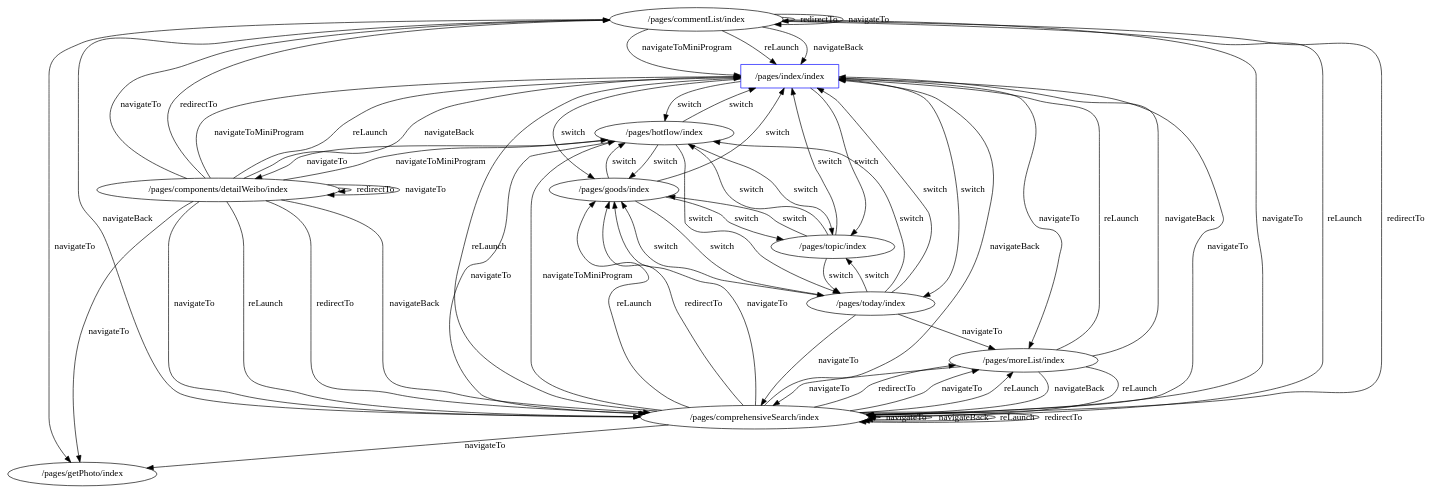
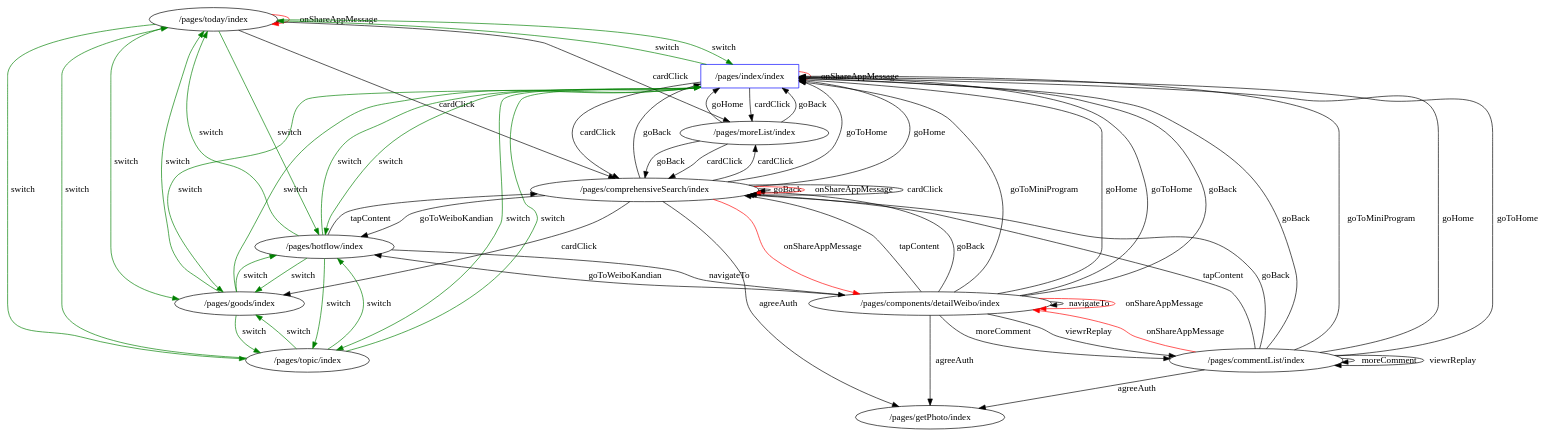
One commit to ppproxy/app-in-app-analysis changed the diagram in graph/wbdemo-table.gv. Above: the diagram before and after it, drawn with Graphviz. The commit also changed 3441 other files, not shown here.

```diff
--- a/graph/wbdemo-table.gv
+++ b/graph/wbdemo-table.gv
@@ -1,81 +1,78 @@
 // UI State Transfer Diagram
 digraph {
+	"/pages/today/index" [label="/pages/today/index"]
+	"/pages/index/index" [label="/pages/index/index" color=blue shape=rectangle]
+	"/pages/topic/index" [label="/pages/topic/index"]
+	"/pages/components/detailWeibo/index" [label="/pages/components/detailWeibo/index"]
+	"/pages/goods/index" [label="/pages/goods/index"]
+	"/pages/comprehensiveSearch/index" [label="/pages/comprehensiveSearch/index"]
+	"/pages/getPhoto/index" [label="/pages/getPhoto/index"]
 	"/pages/commentList/index" [label="/pages/commentList/index"]
 	"/pages/hotflow/index" [label="/pages/hotflow/index"]
-	"/pages/goods/index" [label="/pages/goods/index"]
-	"/pages/index/index" [label="/pages/index/index" color=blue shape=rectangle]
-	"/pages/comprehensiveSearch/index" [label="/pages/comprehensiveSearch/index"]
-	"/pages/getPhoto/index" [label="/pages/getPhoto/index"]
-	"/pages/today/index" [label="/pages/today/index"]
-	"/pages/topic/index" [label="/pages/topic/index"]
 	"/pages/moreList/index" [label="/pages/moreList/index"]
-	"/pages/components/detailWeibo/index" [label="/pages/components/detailWeibo/index"]
-	"/pages/index/index" -> "/pages/topic/index" [label=switch]
-	"/pages/index/index" -> "/pages/hotflow/index" [label=switch]
-	"/pages/index/index" -> "/pages/goods/index" [label=switch]
-	"/pages/index/index" -> "/pages/today/index" [label=switch]
-	"/pages/topic/index" -> "/pages/index/index" [label=switch]
-	"/pages/topic/index" -> "/pages/hotflow/index" [label=switch]
-	"/pages/topic/index" -> "/pages/goods/index" [label=switch]
-	"/pages/topic/index" -> "/pages/today/index" [label=switch]
-	"/pages/hotflow/index" -> "/pages/index/index" [label=switch]
-	"/pages/hotflow/index" -> "/pages/topic/index" [label=switch]
-	"/pages/hotflow/index" -> "/pages/goods/index" [label=switch]
-	"/pages/hotflow/index" -> "/pages/today/index" [label=switch]
-	"/pages/goods/index" -> "/pages/index/index" [label=switch]
-	"/pages/goods/index" -> "/pages/topic/index" [label=switch]
-	"/pages/goods/index" -> "/pages/hotflow/index" [label=switch]
-	"/pages/goods/index" -> "/pages/today/index" [label=switch]
-	"/pages/today/index" -> "/pages/index/index" [label=switch]
-	"/pages/today/index" -> "/pages/topic/index" [label=switch]
-	"/pages/today/index" -> "/pages/hotflow/index" [label=switch]
-	"/pages/today/index" -> "/pages/goods/index" [label=switch]
-	"/pages/index/index" -> "/pages/moreList/index" [label=navigateTo]
-	"/pages/index/index" -> "/pages/comprehensiveSearch/index" [label=navigateTo]
-	"/pages/today/index" -> "/pages/moreList/index" [label=navigateTo]
-	"/pages/today/index" -> "/pages/comprehensiveSearch/index" [label=navigateTo]
+	"/pages/index/index" -> "/pages/topic/index" [label=switch color=green]
+	"/pages/index/index" -> "/pages/hotflow/index" [label=switch color=green]
+	"/pages/index/index" -> "/pages/goods/index" [label=switch color=green]
+	"/pages/index/index" -> "/pages/today/index" [label=switch color=green]
+	"/pages/topic/index" -> "/pages/index/index" [label=switch color=green]
+	"/pages/topic/index" -> "/pages/hotflow/index" [label=switch color=green]
+	"/pages/topic/index" -> "/pages/goods/index" [label=switch color=green]
+	"/pages/topic/index" -> "/pages/today/index" [label=switch color=green]
+	"/pages/hotflow/index" -> "/pages/index/index" [label=switch color=green]
+	"/pages/hotflow/index" -> "/pages/topic/index" [label=switch color=green]
+	"/pages/hotflow/index" -> "/pages/goods/index" [label=switch color=green]
+	"/pages/hotflow/index" -> "/pages/today/index" [label=switch color=green]
+	"/pages/goods/index" -> "/pages/index/index" [label=switch color=green]
+	"/pages/goods/index" -> "/pages/topic/index" [label=switch color=green]
+	"/pages/goods/index" -> "/pages/hotflow/index" [label=switch color=green]
+	"/pages/goods/index" -> "/pages/today/index" [label=switch color=green]
+	"/pages/today/index" -> "/pages/index/index" [label=switch color=green]
+	"/pages/today/index" -> "/pages/topic/index" [label=switch color=green]
+	"/pages/today/index" -> "/pages/hotflow/index" [label=switch color=green]
+	"/pages/today/index" -> "/pages/goods/index" [label=switch color=green]
+	"/pages/index/index" -> "/pages/moreList/index" [label=cardClick]
+	"/pages/index/index" -> "/pages/index/index" [label=onShareAppMessage color=red]
+	"/pages/index/index" -> "/pages/comprehensiveSearch/index" [label=cardClick]
+	"/pages/today/index" -> "/pages/moreList/index" [label=cardClick]
+	"/pages/today/index" -> "/pages/comprehensiveSearch/index" [label=cardClick]
+	"/pages/today/index" -> "/pages/today/index" [label=onShareAppMessage color=red]
 	"/pages/hotflow/index" -> "/pages/components/detailWeibo/index" [label=navigateTo]
-	"/pages/hotflow/index" -> "/pages/comprehensiveSearch/index" [label=navigateTo]
-	"/pages/comprehensiveSearch/index" -> "/pages/goods/index" [label=reLaunch]
-	"/pages/comprehensiveSearch/index" -> "/pages/getPhoto/index" [label=navigateTo]
-	"/pages/comprehensiveSearch/index" -> "/pages/comprehensiveSearch/index" [label=navigateTo]
-	"/pages/comprehensiveSearch/index" -> "/pages/comprehensiveSearch/index" [label=navigateBack]
-	"/pages/comprehensiveSearch/index" -> "/pages/index/index" [label=reLaunch]
-	"/pages/comprehensiveSearch/index" -> "/pages/comprehensiveSearch/index" [label=reLaunch]
-	"/pages/comprehensiveSearch/index" -> "/pages/index/index" [label=navigateBack]
-	"/pages/comprehensiveSearch/index" -> "/pages/moreList/index" [label=redirectTo]
-	"/pages/comprehensiveSearch/index" -> "/pages/moreList/index" [label=navigateTo]
-	"/pages/comprehensiveSearch/index" -> "/pages/hotflow/index" [label=navigateToMiniProgram]
-	"/pages/comprehensiveSearch/index" -> "/pages/moreList/index" [label=reLaunch]
-	"/pages/comprehensiveSearch/index" -> "/pages/goods/index" [label=redirectTo]
-	"/pages/comprehensiveSearch/index" -> "/pages/goods/index" [label=navigateTo]
-	"/pages/comprehensiveSearch/index" -> "/pages/comprehensiveSearch/index" [label=redirectTo]
-	"/pages/components/detailWeibo/index" -> "/pages/getPhoto/index" [label=navigateTo]
-	"/pages/components/detailWeibo/index" -> "/pages/comprehensiveSearch/index" [label=navigateBack]
-	"/pages/components/detailWeibo/index" -> "/pages/comprehensiveSearch/index" [label=navigateTo]
-	"/pages/components/detailWeibo/index" -> "/pages/index/index" [label=reLaunch]
-	"/pages/components/detailWeibo/index" -> "/pages/comprehensiveSearch/index" [label=reLaunch]
-	"/pages/components/detailWeibo/index" -> "/pages/index/index" [label=navigateBack]
-	"/pages/components/detailWeibo/index" -> "/pages/commentList/index" [label=redirectTo]
-	"/pages/components/detailWeibo/index" -> "/pages/components/detailWeibo/index" [label=redirectTo]
-	"/pages/components/detailWeibo/index" -> "/pages/index/index" [label=navigateToMiniProgram]
-	"/pages/components/detailWeibo/index" -> "/pages/commentList/index" [label=navigateTo]
-	"/pages/components/detailWeibo/index" -> "/pages/hotflow/index" [label=navigateToMiniProgram]
+	"/pages/hotflow/index" -> "/pages/comprehensiveSearch/index" [label=tapContent]
+	"/pages/comprehensiveSearch/index" -> "/pages/index/index" [label=goBack]
+	"/pages/comprehensiveSearch/index" -> "/pages/hotflow/index" [label=goToWeiboKandian]
+	"/pages/comprehensiveSearch/index" -> "/pages/comprehensiveSearch/index" [label=goBack]
+	"/pages/comprehensiveSearch/index" -> "/pages/getPhoto/index" [label=agreeAuth]
+	"/pages/comprehensiveSearch/index" -> "/pages/index/index" [label=goHome]
+	"/pages/comprehensiveSearch/index" -> "/pages/moreList/index" [label=cardClick]
+	"/pages/comprehensiveSearch/index" -> "/pages/components/detailWeibo/index" [label=onShareAppMessage color=red]
+	"/pages/comprehensiveSearch/index" -> "/pages/comprehensiveSearch/index" [label=onShareAppMessage color=red]
+	"/pages/comprehensiveSearch/index" -> "/pages/index/index" [label=goToHome]
+	"/pages/comprehensiveSearch/index" -> "/pages/comprehensiveSearch/index" [label=cardClick]
+	"/pages/comprehensiveSearch/index" -> "/pages/goods/index" [label=cardClick]
 	"/pages/components/detailWeibo/index" -> "/pages/components/detailWeibo/index" [label=navigateTo]
-	"/pages/components/detailWeibo/index" -> "/pages/comprehensiveSearch/index" [label=redirectTo]
-	"/pages/commentList/index" -> "/pages/getPhoto/index" [label=navigateTo]
-	"/pages/commentList/index" -> "/pages/comprehensiveSearch/index" [label=navigateBack]
-	"/pages/commentList/index" -> "/pages/comprehensiveSearch/index" [label=navigateTo]
-	"/pages/commentList/index" -> "/pages/index/index" [label=reLaunch]
-	"/pages/commentList/index" -> "/pages/comprehensiveSearch/index" [label=reLaunch]
-	"/pages/commentList/index" -> "/pages/index/index" [label=navigateBack]
-	"/pages/commentList/index" -> "/pages/commentList/index" [label=redirectTo]
-	"/pages/commentList/index" -> "/pages/index/index" [label=navigateToMiniProgram]
-	"/pages/commentList/index" -> "/pages/commentList/index" [label=navigateTo]
-	"/pages/commentList/index" -> "/pages/comprehensiveSearch/index" [label=redirectTo]
-	"/pages/moreList/index" -> "/pages/comprehensiveSearch/index" [label=navigateBack]
-	"/pages/moreList/index" -> "/pages/comprehensiveSearch/index" [label=navigateTo]
-	"/pages/moreList/index" -> "/pages/index/index" [label=reLaunch]
-	"/pages/moreList/index" -> "/pages/comprehensiveSearch/index" [label=reLaunch]
-	"/pages/moreList/index" -> "/pages/index/index" [label=navigateBack]
+	"/pages/components/detailWeibo/index" -> "/pages/components/detailWeibo/index" [label=onShareAppMessage color=red]
+	"/pages/components/detailWeibo/index" -> "/pages/getPhoto/index" [label=agreeAuth]
+	"/pages/components/detailWeibo/index" -> "/pages/index/index" [label=goToMiniProgram]
+	"/pages/components/detailWeibo/index" -> "/pages/index/index" [label=goHome]
+	"/pages/components/detailWeibo/index" -> "/pages/comprehensiveSearch/index" [label=tapContent]
+	"/pages/components/detailWeibo/index" -> "/pages/index/index" [label=goToHome]
+	"/pages/components/detailWeibo/index" -> "/pages/commentList/index" [label=moreComment]
+	"/pages/components/detailWeibo/index" -> "/pages/commentList/index" [label=viewrReplay]
+	"/pages/components/detailWeibo/index" -> "/pages/hotflow/index" [label=goToWeiboKandian]
+	"/pages/components/detailWeibo/index" -> "/pages/comprehensiveSearch/index" [label=goBack]
+	"/pages/components/detailWeibo/index" -> "/pages/index/index" [label=goBack]
+	"/pages/commentList/index" -> "/pages/index/index" [label=goBack]
+	"/pages/commentList/index" -> "/pages/components/detailWeibo/index" [label=onShareAppMessage color=red]
+	"/pages/commentList/index" -> "/pages/getPhoto/index" [label=agreeAuth]
+	"/pages/commentList/index" -> "/pages/index/index" [label=goToMiniProgram]
+	"/pages/commentList/index" -> "/pages/index/index" [label=goHome]
+	"/pages/commentList/index" -> "/pages/comprehensiveSearch/index" [label=tapContent]
+	"/pages/commentList/index" -> "/pages/commentList/index" [label=moreComment]
+	"/pages/commentList/index" -> "/pages/commentList/index" [label=viewrReplay]
+	"/pages/commentList/index" -> "/pages/index/index" [label=goToHome]
+	"/pages/commentList/index" -> "/pages/comprehensiveSearch/index" [label=goBack]
+	"/pages/moreList/index" -> "/pages/index/index" [label=goBack]
+	"/pages/moreList/index" -> "/pages/comprehensiveSearch/index" [label=cardClick]
+	"/pages/moreList/index" -> "/pages/index/index" [label=goHome]
+	"/pages/moreList/index" -> "/pages/comprehensiveSearch/index" [label=goBack]
 }
```
